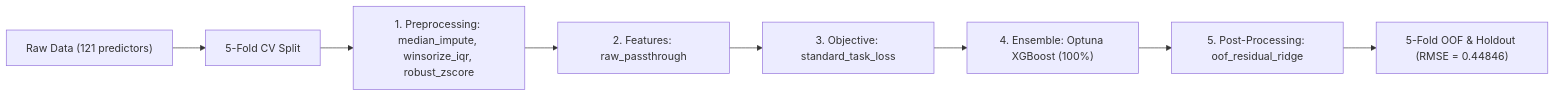
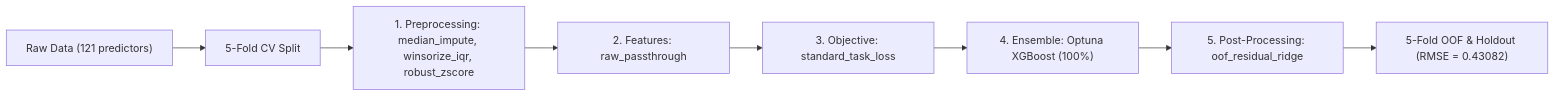
Before and after one commit to stefanoclss/UM-Game-Playing-Strength-of-MCTS-Variants: the diagram in README.md, drawn with Mermaid. The commit also changed other lines of this file, not shown here.

First line of the commit message:
docs(readme): refresh verified OOF benchmark & build ledger (RMSE=0.43082)

````diff
--- a/README.md
+++ b/README.md
@@ -74,10 +75,10 @@
 ```mermaid
 flowchart LR
     DATA["Raw Data (121 predictors)"] --> SPLIT["5-Fold CV Split"]
     SPLIT --> PRE["1. Preprocessing: median_impute, winsorize_iqr, robust_zscore"]
     PRE --> FEAT["2. Features: raw_passthrough"]
     FEAT --> OBJ["3. Objective: standard_task_loss"]
     OBJ --> M0["4. Ensemble: Optuna XGBoost (100%)"]
     M0 --> POST["5. Post-Processing: oof_residual_ridge"]
-    POST --> OUT["5-Fold OOF & Holdout (RMSE = 0.44846)"]
+    POST --> OUT["5-Fold OOF & Holdout (RMSE = 0.43082)"]
 ```
````
